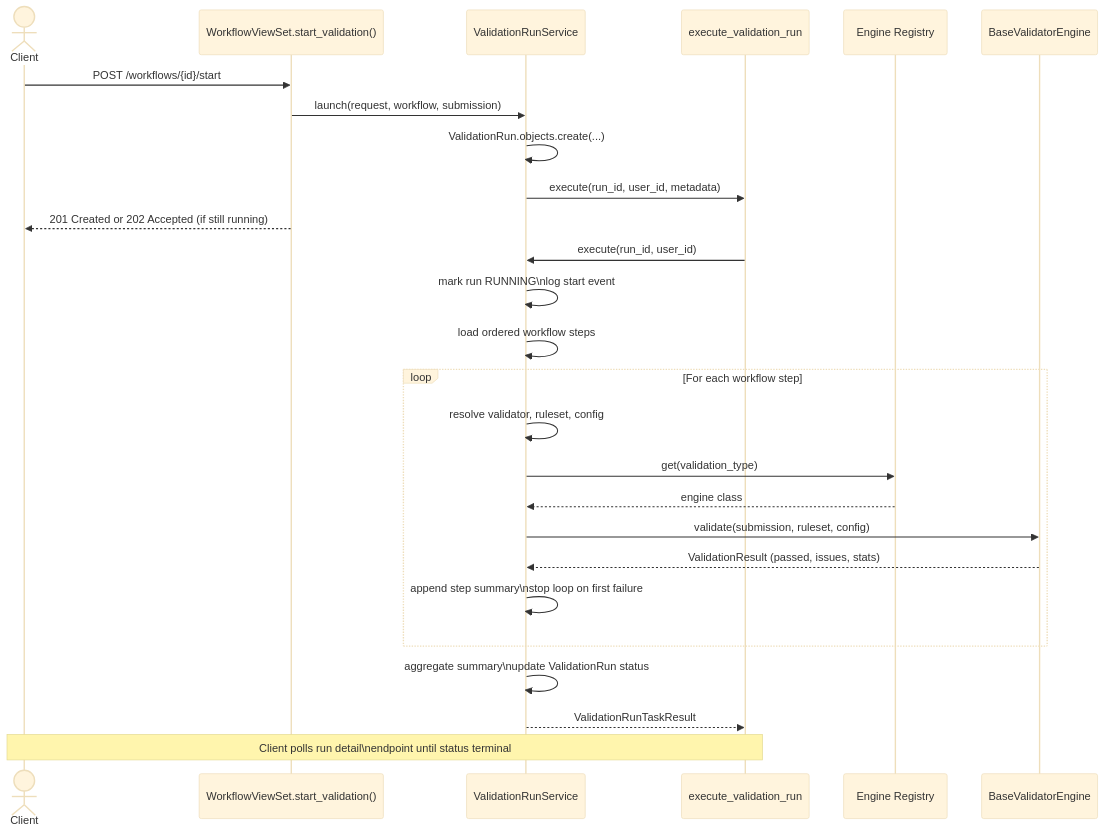
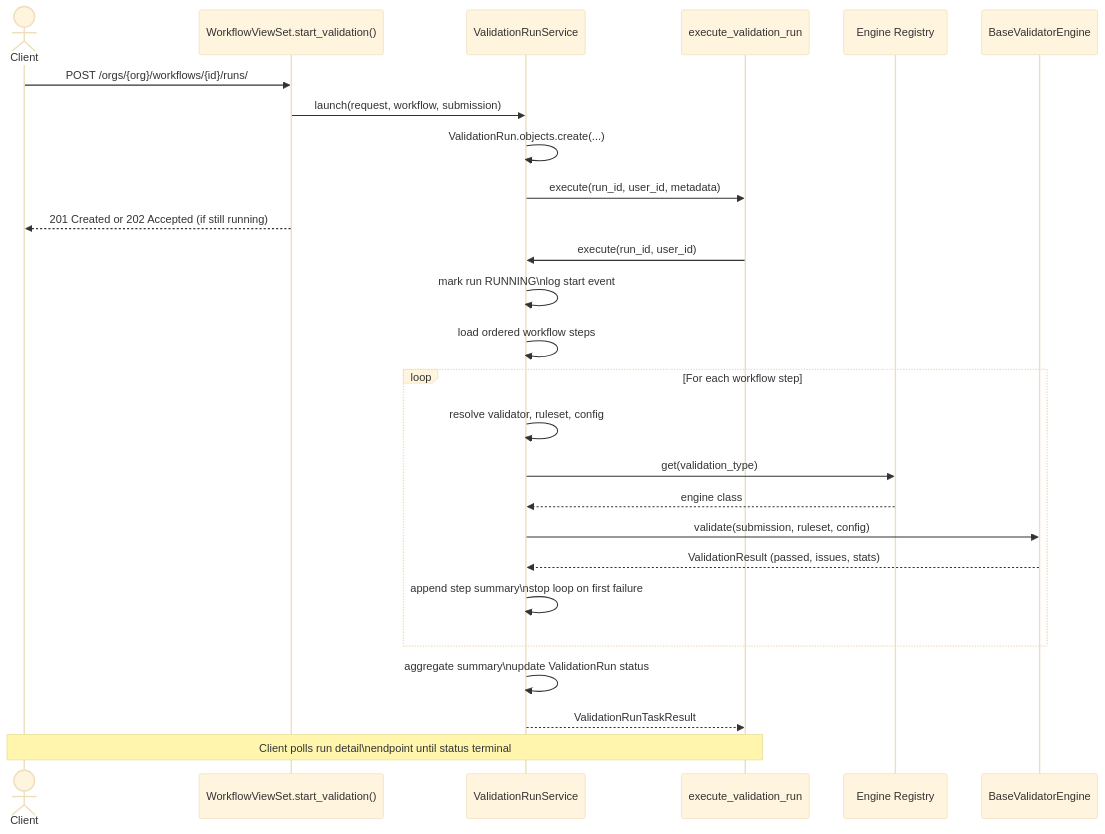
The diagram in docs/dev_docs/overview/how_it_works.md (danielmcquillen/validibot), drawn with Mermaid (base theme) before and after one commit. The commit also changed other lines of this file and 22 other files, not shown here.

````diff
--- a/docs/dev_docs/overview/how_it_works.md
+++ b/docs/dev_docs/overview/how_it_works.md
@@ -211,32 +213,32 @@
 ```mermaid
 sequenceDiagram
     actor Client
     participant API as WorkflowViewSet.start_validation()
     participant Service as ValidationRunService
     participant Worker as execute_validation_run
     participant Registry as Engine Registry
     participant Engine as BaseValidatorEngine
 
-    Client->>API: POST /workflows/{id}/start
+    Client->>API: POST /orgs/{org}/workflows/{id}/runs/
     API->>Service: launch(request, workflow, submission)
     Service->>Service: ValidationRun.objects.create(...)
     Service->>Worker: execute(run_id, user_id, metadata)
     API-->>Client: 201 Created or 202 Accepted (if still running)
 
     Worker->>Service: execute(run_id, user_id)
     Service->>Service: mark run RUNNING\nlog start event
     Service->>Service: load ordered workflow steps
 
     loop For each workflow step
         Service->>Service: resolve validator, ruleset, config
         Service->>Registry: get(validation_type)
         Registry-->>Service: engine class
         Service->>Engine: validate(submission, ruleset, config)
         Engine-->>Service: ValidationResult (passed, issues, stats)
         Service->>Service: append step summary\nstop loop on first failure
     end
 
     Service->>Service: aggregate summary\nupdate ValidationRun status
     Service-->>Worker: ValidationRunTaskResult
     note over Client,Worker: Client polls run detail\nendpoint until status terminal
 ```
````
